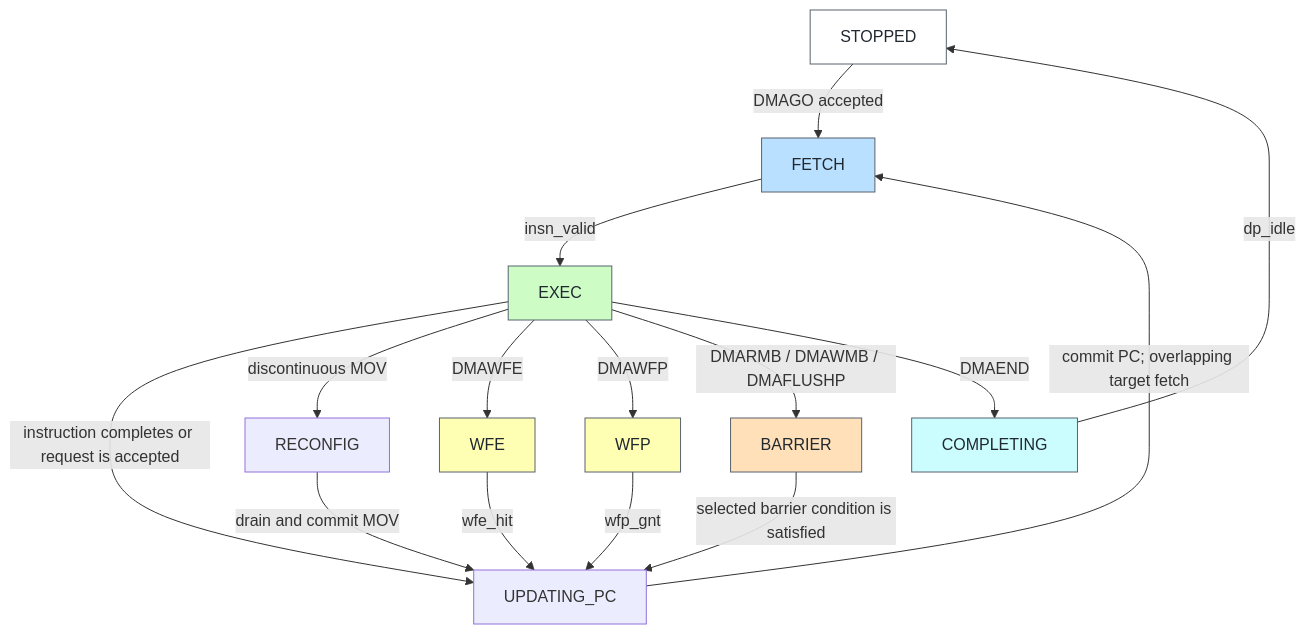
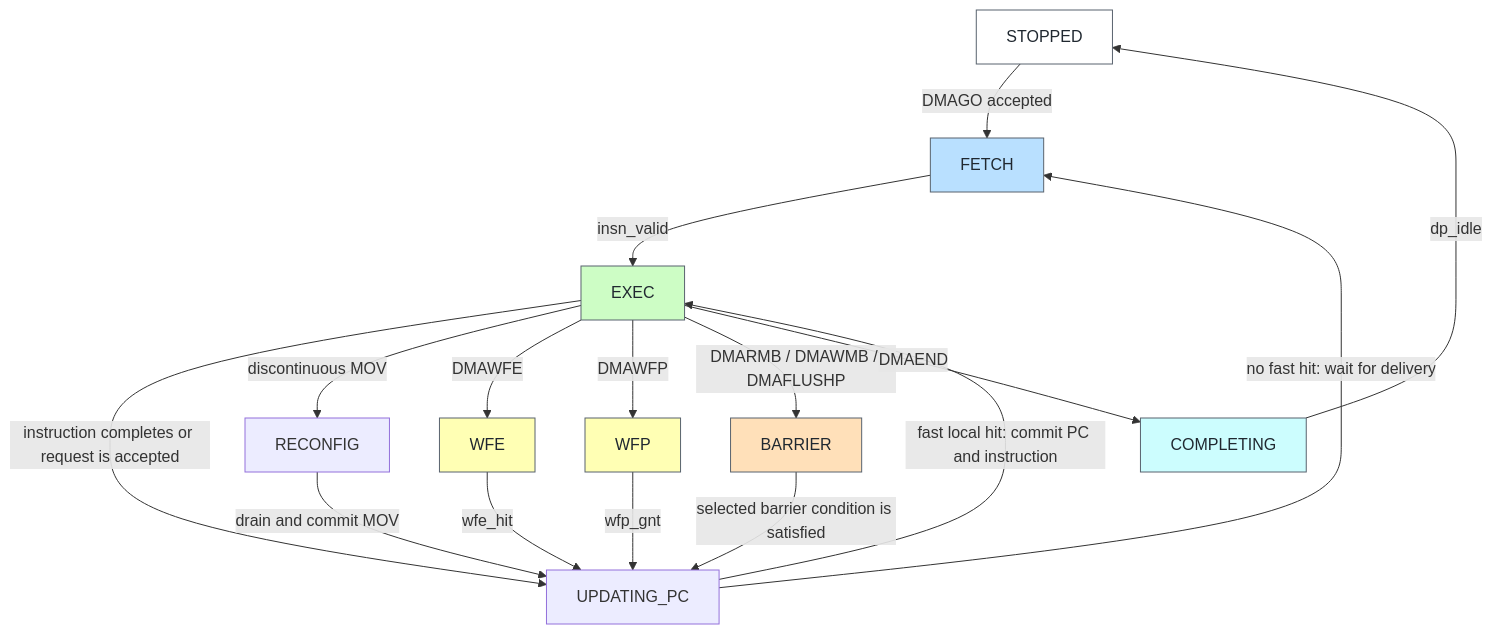
One commit to mrDonf/AXI_DMA_Controller changed the second of 3 diagrams in docs/waveform/operations/00_background.md. Above: the diagram before and after it, drawn with Mermaid. The commit also changed other lines of this file and 102 other files, not shown here.

````diff
--- a/docs/waveform/operations/00_background.md
+++ b/docs/waveform/operations/00_background.md
@@ -181,29 +181,30 @@
 ```mermaid
 flowchart TD
     S["STOPPED"] -->|"DMAGO accepted"| F["FETCH"]
     F -->|"insn_valid"| E["EXEC"]
     E -->|"instruction completes or request is accepted"| U["UPDATING_PC"]
-    U -->|"commit PC; overlapping target fetch"| F
+    U -->|"fast local hit: commit PC and instruction"| E
+    U -->|"no fast hit: wait for delivery"| F
     E -->|"discontinuous MOV"| R["RECONFIG"]
     R -->|"drain and commit MOV"| U
     E -->|"DMAWFE"| V["WFE"]
     V -->|"wfe_hit"| U
     E -->|"DMAWFP"| P["WFP"]
     P -->|"wfp_gnt"| U
     E -->|"DMARMB / DMAWMB / DMAFLUSHP"| B["BARRIER"]
     B -->|"selected barrier condition is satisfied"| U
     E -->|"DMAEND"| C["COMPLETING"]
     C -->|"dp_idle"| S
     classDef stopped fill:#ffffff,stroke:#59636e,color:#202830
     classDef fetch fill:#b9e0ff,stroke:#59636e,color:#202830
     classDef execute fill:#cdfdc5,stroke:#59636e,color:#202830
     classDef wait fill:#ffffb4,stroke:#59636e,color:#202830
     classDef barrier fill:#ffe0b9,stroke:#59636e,color:#202830
     classDef complete fill:#ccfdfe,stroke:#59636e,color:#202830
     class S stopped
     class F fetch
     class E execute
     class V,P wait
     class B barrier
     class C complete
 ```
````
